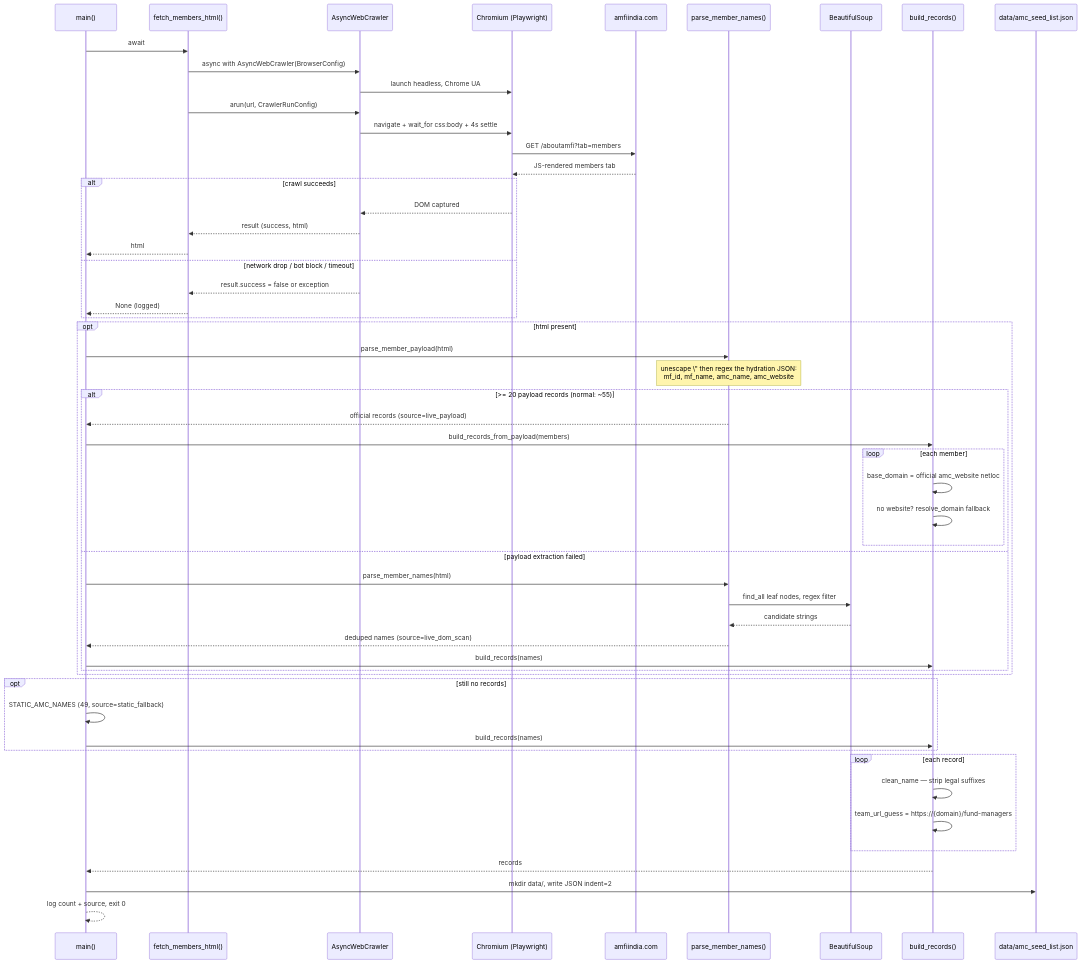
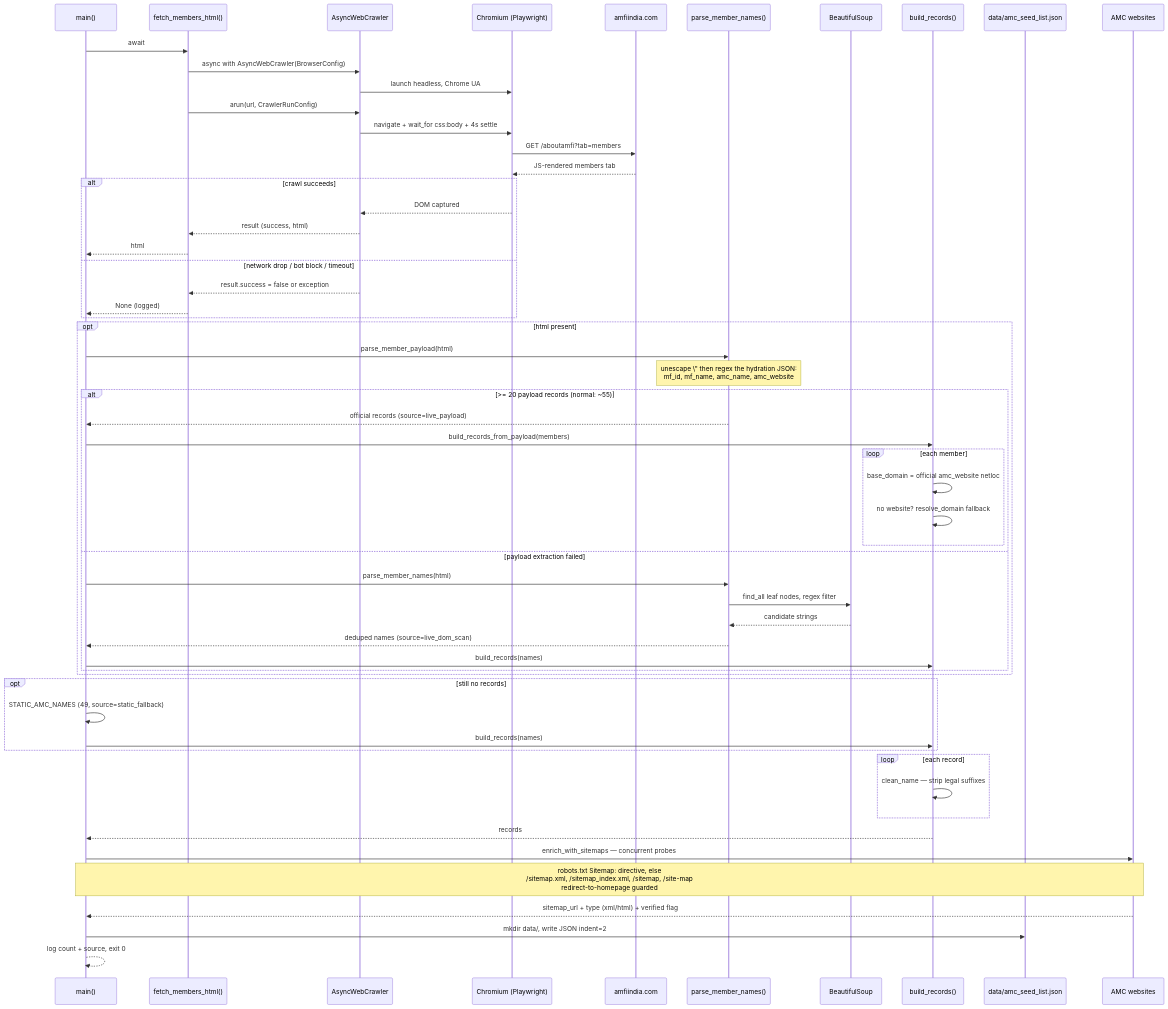
The first of 2 diagrams in docs/low-level-phase1-sequence.md (dvygo/MF-Engine), drawn with Mermaid before and after one commit. The commit also changed 6 other files, not shown here.

First line of the commit message:
feat: replace fabricated team_url_guess with verified sitemap discovery

````diff
--- a/docs/low-level-phase1-sequence.md
+++ b/docs/low-level-phase1-sequence.md
@@ -5,62 +5,66 @@
 ```mermaid
 sequenceDiagram
     participant M as main()
     participant F as fetch_members_html()
     participant C as AsyncWebCrawler
     participant B as Chromium (Playwright)
     participant A as amfiindia.com
     participant P as parse_member_names()
     participant BS as BeautifulSoup
     participant R as build_records()
     participant FS as data/amc_seed_list.json
 
     M->>F: await
     F->>C: async with AsyncWebCrawler(BrowserConfig)
     C->>B: launch headless, Chrome UA
     F->>C: arun(url, CrawlerRunConfig)
     C->>B: navigate + wait_for css:body + 4s settle
     B->>A: GET /aboutamfi?tab=members
     A-->>B: JS-rendered members tab
 
     alt crawl succeeds
         B-->>C: DOM captured
         C-->>F: result (success, html)
         F-->>M: html
     else network drop / bot block / timeout
         C-->>F: result.success = false or exception
         F-->>M: None (logged)
     end
 
     opt html present
         M->>P: parse_member_payload(html)
         Note over P: unescape \" then regex the hydration JSON:<br/>mf_id, mf_name, amc_name, amc_website
         alt >= 20 payload records (normal: ~55)
             P-->>M: official records (source=live_payload)
             M->>R: build_records_from_payload(members)
             loop each member
                 R->>R: base_domain = official amc_website netloc
                 R->>R: no website? resolve_domain fallback
             end
         else payload extraction failed
             M->>P: parse_member_names(html)
             P->>BS: find_all leaf nodes, regex filter
             BS-->>P: candidate strings
             P-->>M: deduped names (source=live_dom_scan)
             M->>R: build_records(names)
         end
     end
 
     opt still no records
         M->>M: STATIC_AMC_NAMES (49, source=static_fallback)
         M->>R: build_records(names)
     end
 
     loop each record
         R->>R: clean_name — strip legal suffixes
-        R->>R: team_url_guess = https://{domain}/fund-managers
     end
     R-->>M: records
+
+    participant W as AMC websites
+    M->>W: enrich_with_sitemaps — concurrent probes
+    Note over M,W: robots.txt Sitemap: directive, else<br/>/sitemap.xml, /sitemap_index.xml, /sitemap, /site-map<br/>redirect-to-homepage guarded
+    W-->>M: sitemap_url + type (xml/html) + verified flag
 
     M->>FS: mkdir data/, write JSON indent=2
     M-->>M: log count + source, exit 0
 ```
````
